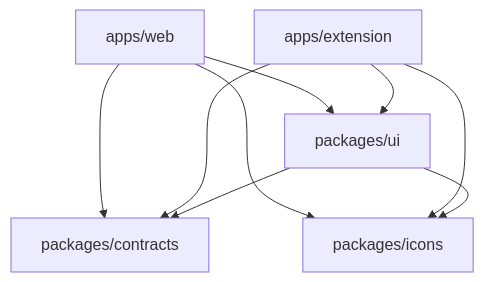
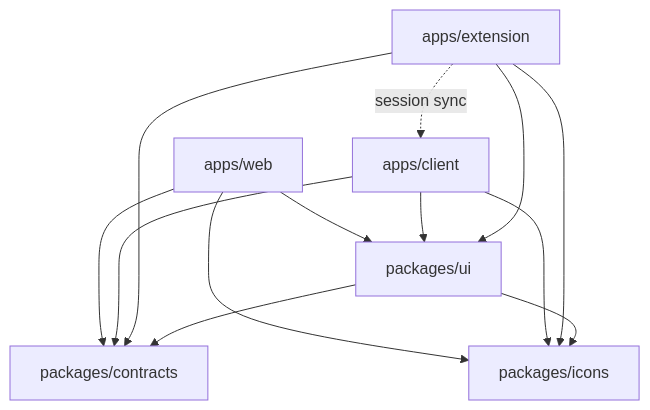
Before and after one commit to seunjin/pickle: the diagram in docs/monorepo-structure.md, drawn with Mermaid. The commit also changed other lines of this file and 148 other files, not shown here.

````diff
--- a/docs/monorepo-structure.md
+++ b/docs/monorepo-structure.md
@@ -28,13 +30,18 @@
 ```mermaid
 graph TD
     Web[apps/web] --> Contracts[packages/contracts]
     Web --> UI[packages/ui]
     Web --> Icons[packages/icons]
     
+    Client[apps/client] --> Contracts
+    Client --> UI
+    Client --> Icons
+    
     Extension[apps/extension] --> Contracts
     Extension --> UI
     Extension --> Icons
+    Extension -.->|session sync| Client
     
     UI --> Contracts
     UI --> Icons
 ```
````
